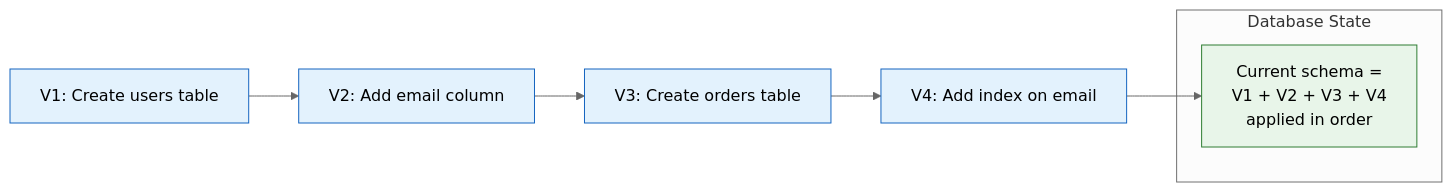
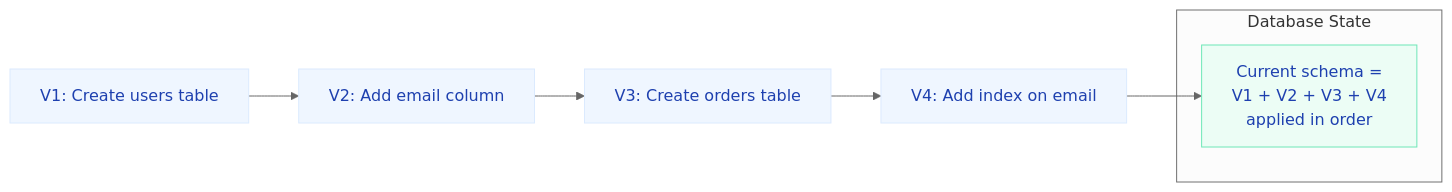
The first of 5 diagrams in docs/springboot/database-migrations.md (saivamsikaruturi/vamsilabs-dev-notes-main), drawn with Mermaid (neutral theme) before and after one commit. The commit also changed other lines of this file and 220 other files, not shown here.

First line of the commit message:
Add 50+ new Java/Spring Boot pages, rewrite CSS code blocks to Oracle style, fix all diagram colors

````diff
--- a/docs/springboot/database-migrations.md
+++ b/docs/springboot/database-migrations.md
@@ -10,18 +10,18 @@
 ```mermaid
 flowchart LR
     V1["V1: Create users table"] --> V2["V2: Add email column"]
     V2 --> V3["V3: Create orders table"]
     V3 --> V4["V4: Add index on email"]
 
     subgraph DB["Database State"]
         Current["Current schema =<br/>V1 + V2 + V3 + V4<br/>applied in order"]
     end
 
     V4 --> Current
 
-    style V1 fill:#E3F2FD,stroke:#1565C0,color:#000
-    style V2 fill:#E3F2FD,stroke:#1565C0,color:#000
-    style V3 fill:#E3F2FD,stroke:#1565C0,color:#000
-    style V4 fill:#E3F2FD,stroke:#1565C0,color:#000
-    style Current fill:#E8F5E9,stroke:#2E7D32,color:#000
+    style V1 fill:#EFF6FF,stroke:#DBEAFE,color:#1E40AF
+    style V2 fill:#EFF6FF,stroke:#DBEAFE,color:#1E40AF
+    style V3 fill:#EFF6FF,stroke:#DBEAFE,color:#1E40AF
+    style V4 fill:#EFF6FF,stroke:#DBEAFE,color:#1E40AF
+    style Current fill:#ECFDF5,stroke:#6EE7B7,color:#1E40AF
 ```
````
